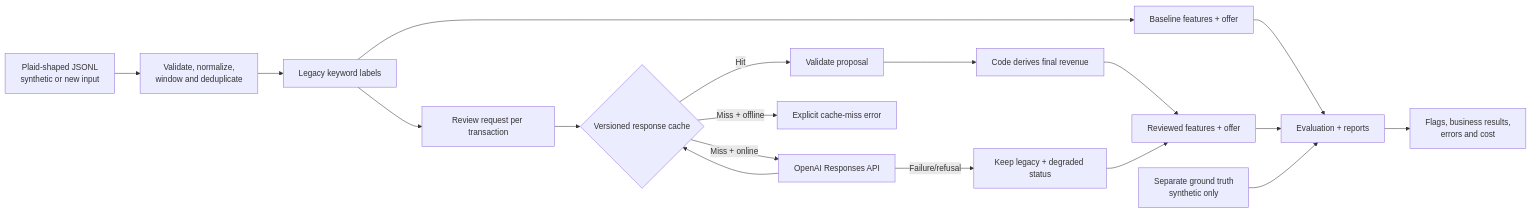
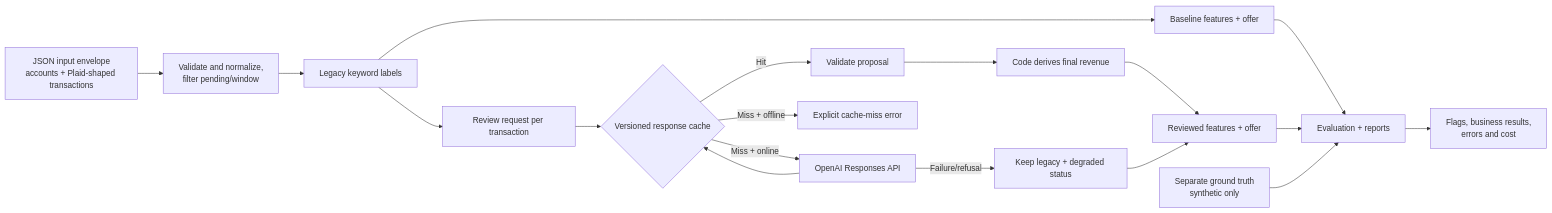
Before and after one commit to rlopezro-tech/fundo-transaction-reviewer: the diagram in docs/ARCHITECTURE.md, drawn with Mermaid. The commit also changed other lines of this file and 12 other files, not shown here.

````diff
--- a/docs/ARCHITECTURE.md
+++ b/docs/ARCHITECTURE.md
@@ -21,20 +21,20 @@
 ```mermaid
 flowchart LR
-    I[Plaid-shaped JSONL<br/>synthetic or new input] --> N[Validate, normalize,<br/>window and deduplicate]
+    I[JSON input envelope<br/>accounts + Plaid-shaped transactions] --> N[Validate and normalize,<br/>filter pending/window]
     N --> L[Legacy keyword labels]
     L --> Q[Review request per transaction]
     Q --> C{Versioned response cache}
     C -- Hit --> V[Validate proposal]
     C -- Miss + online --> M[OpenAI Responses API]
     M --> C
     C -- Miss + offline --> E[Explicit cache-miss error]
     M -- Failure/refusal --> F[Keep legacy + degraded status]
     V --> D[Code derives final revenue]
     L --> B[Baseline features + offer]
     D --> A[Reviewed features + offer]
     F --> A
     B --> O[Evaluation + reports]
     A --> O
     T[Separate ground truth<br/>synthetic only] --> O
     O --> R[Flags, business results,<br/>errors and cost]
 ```
````
